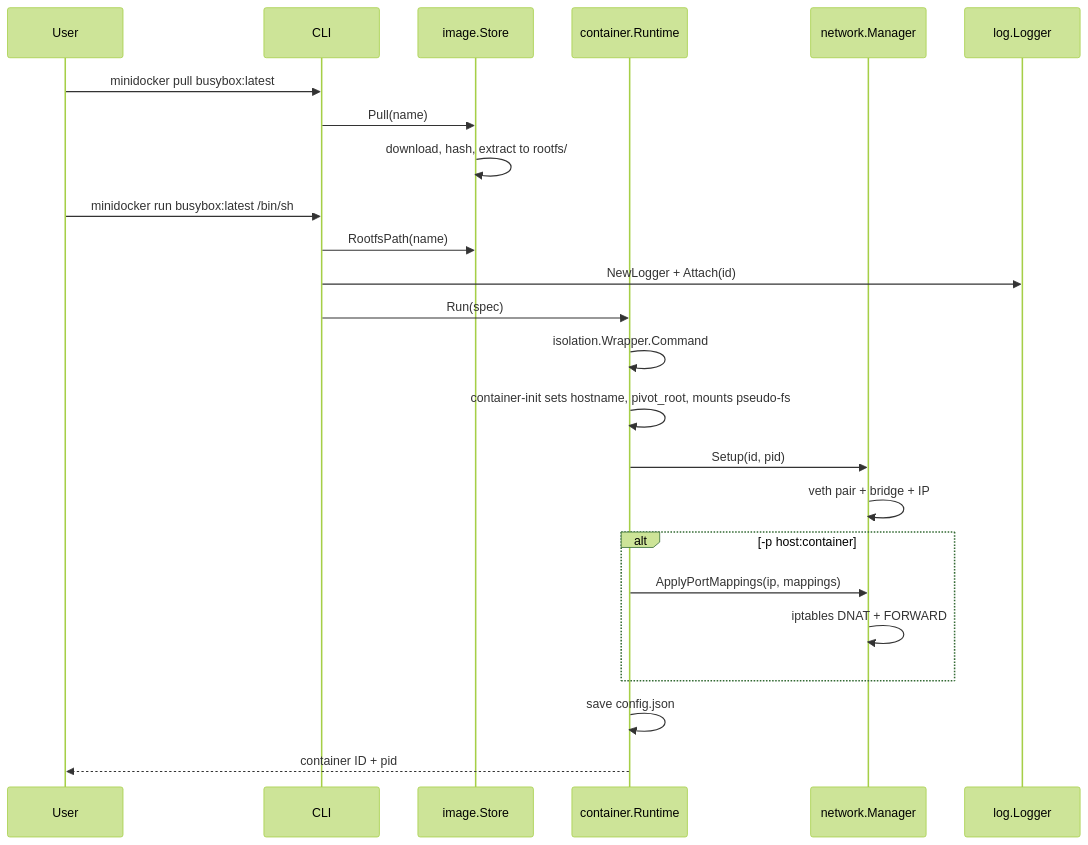
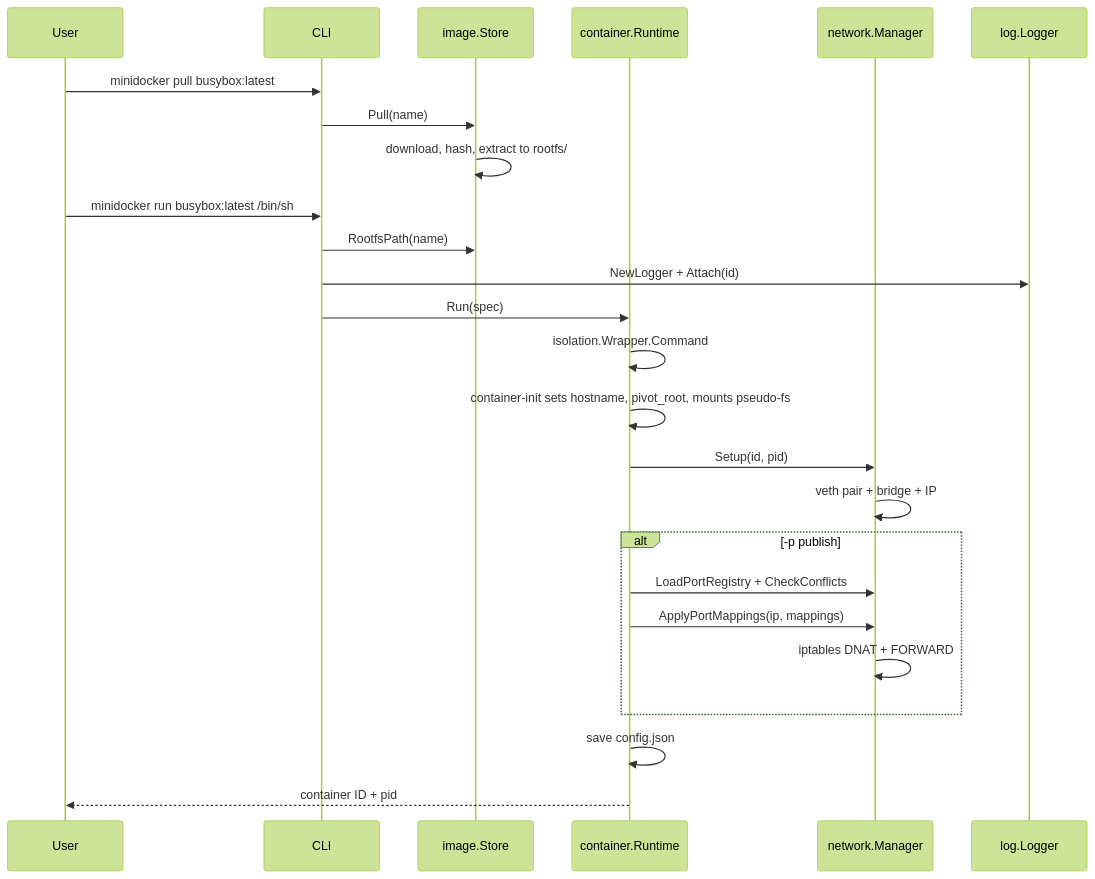
Before and after one commit to dannysecurity/minidocker: the third of 7 diagrams in README.md, drawn with Mermaid (forest theme). The commit also changed other lines of this file and 8 other files, not shown here.

First line of the commit message:
Add port registry and Docker-style publish specs for container networking

````diff
--- a/README.md
+++ b/README.md
@@ -176,28 +180,29 @@
 ```mermaid
 sequenceDiagram
   participant User
   participant CLI
   participant Image as image.Store
   participant Runtime as container.Runtime
   participant Net as network.Manager
   participant Logger as log.Logger
 
   User->>CLI: minidocker pull busybox:latest
   CLI->>Image: Pull(name)
   Image->>Image: download, hash, extract to rootfs/
 
   User->>CLI: minidocker run busybox:latest /bin/sh
   CLI->>Image: RootfsPath(name)
   CLI->>Logger: NewLogger + Attach(id)
   CLI->>Runtime: Run(spec)
   Runtime->>Runtime: isolation.Wrapper.Command
   Runtime->>Runtime: container-init sets hostname, pivot_root, mounts pseudo-fs
   Runtime->>Net: Setup(id, pid)
   Net->>Net: veth pair + bridge + IP
-  alt -p host:container
+  alt -p publish
+    Runtime->>Net: LoadPortRegistry + CheckConflicts
     Runtime->>Net: ApplyPortMappings(ip, mappings)
     Net->>Net: iptables DNAT + FORWARD
   end
   Runtime->>Runtime: save config.json
   Runtime-->>User: container ID + pid
 ```
````
